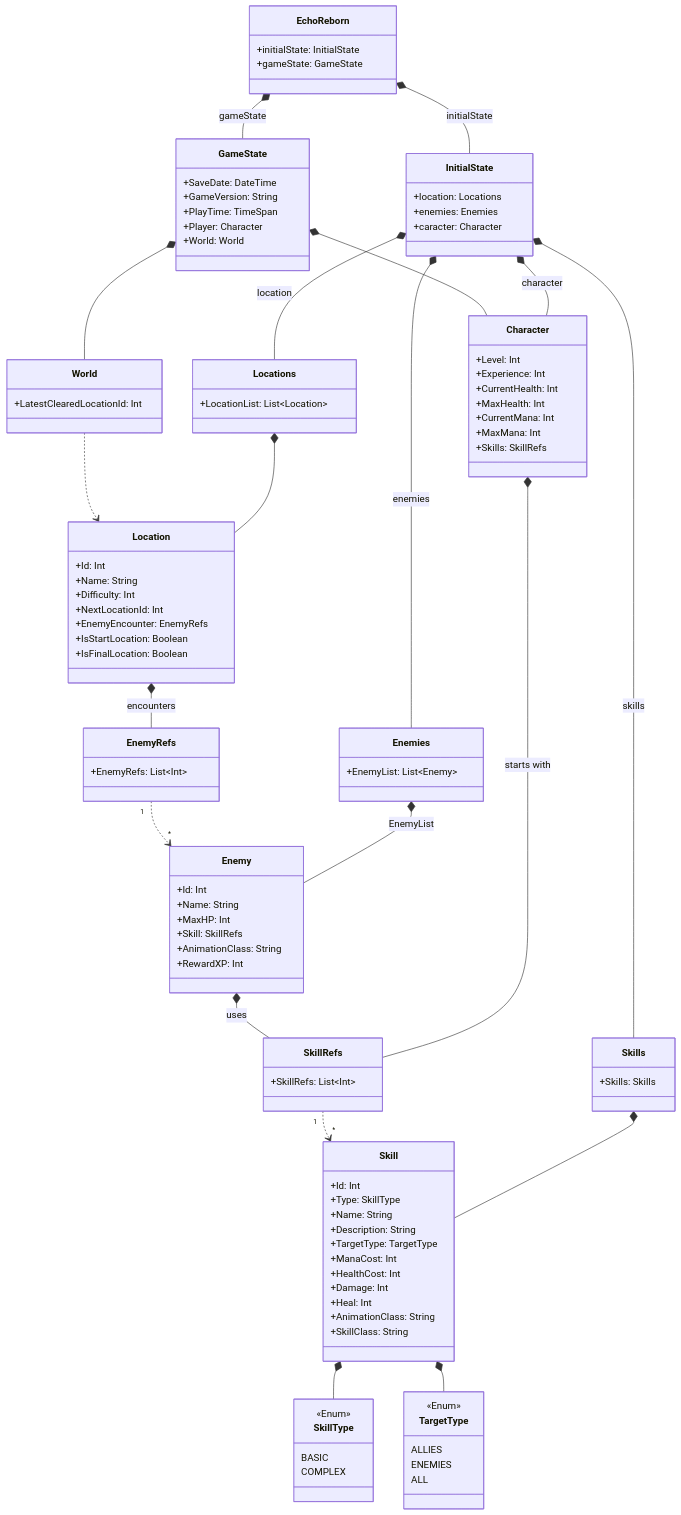
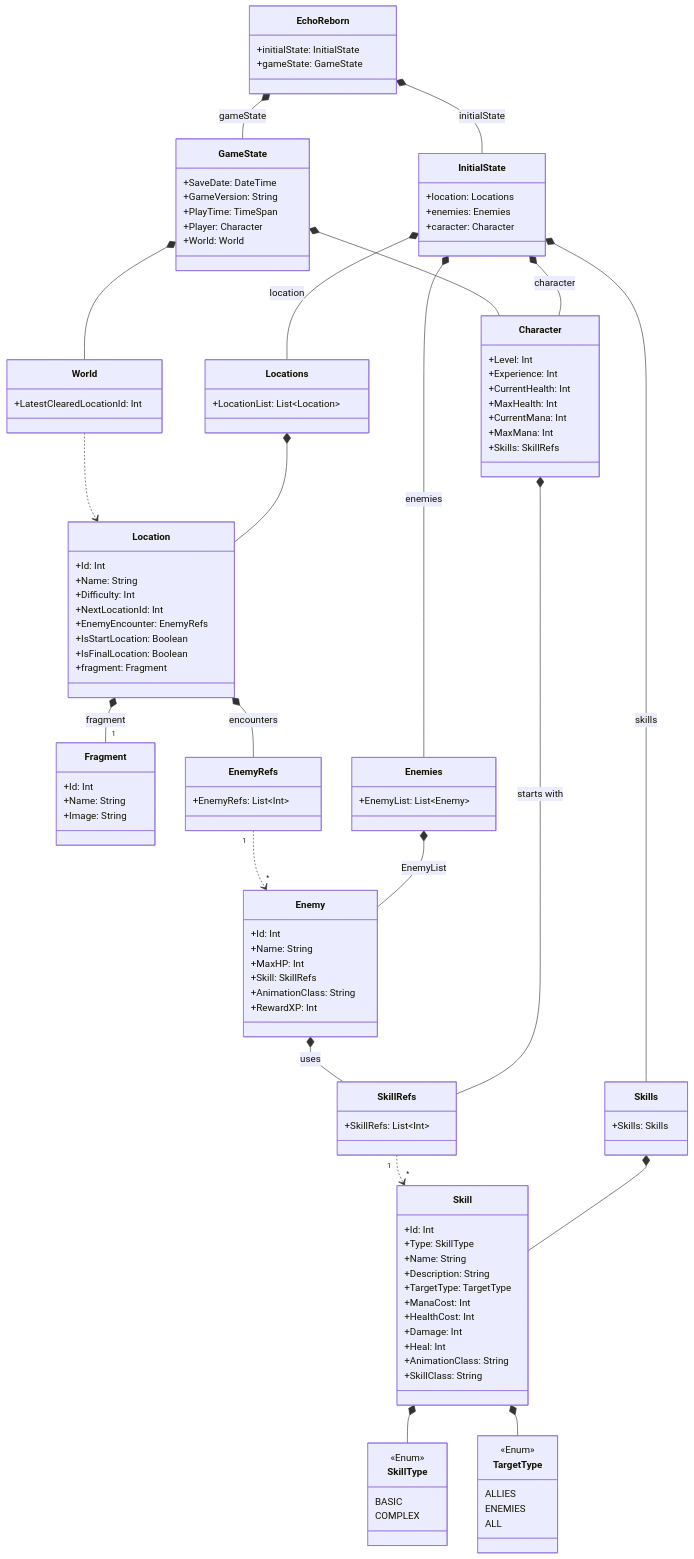
The diagram in docs/XML structures.md (d0rich/EchoReborn), drawn with Mermaid before and after one commit. The commit also changed 10 other files, not shown here.

````diff
--- a/docs/XML structures.md
+++ b/docs/XML structures.md
@@ -66,6 +66,12 @@
         +EnemyEncounter: EnemyRefs
         +IsStartLocation: Boolean
         +IsFinalLocation: Boolean
+        +fragment: Fragment
+    }
+    class Fragment {
+        +Id: Int
+        +Name: String
+        +Image: String
     }
 
     class Enemies {
@@ -127,6 +133,7 @@
     Skills *-- Skill
     Character *-- SkillRefs : starts with
     Location *-- EnemyRefs : encounters
+    Location *-- "1" Fragment : fragment
 
   
 ```
````
